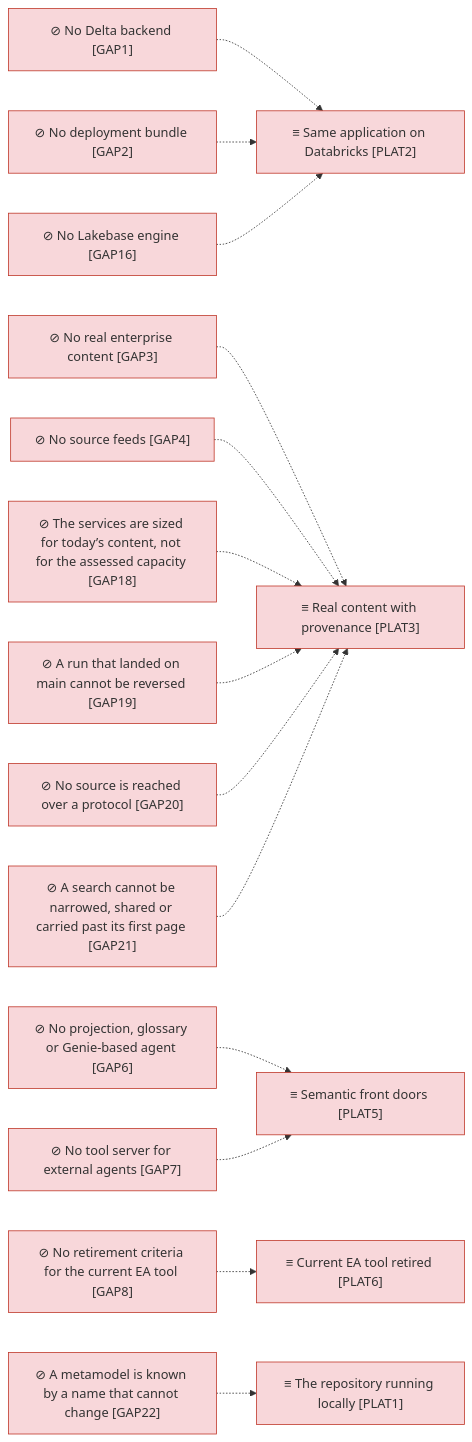
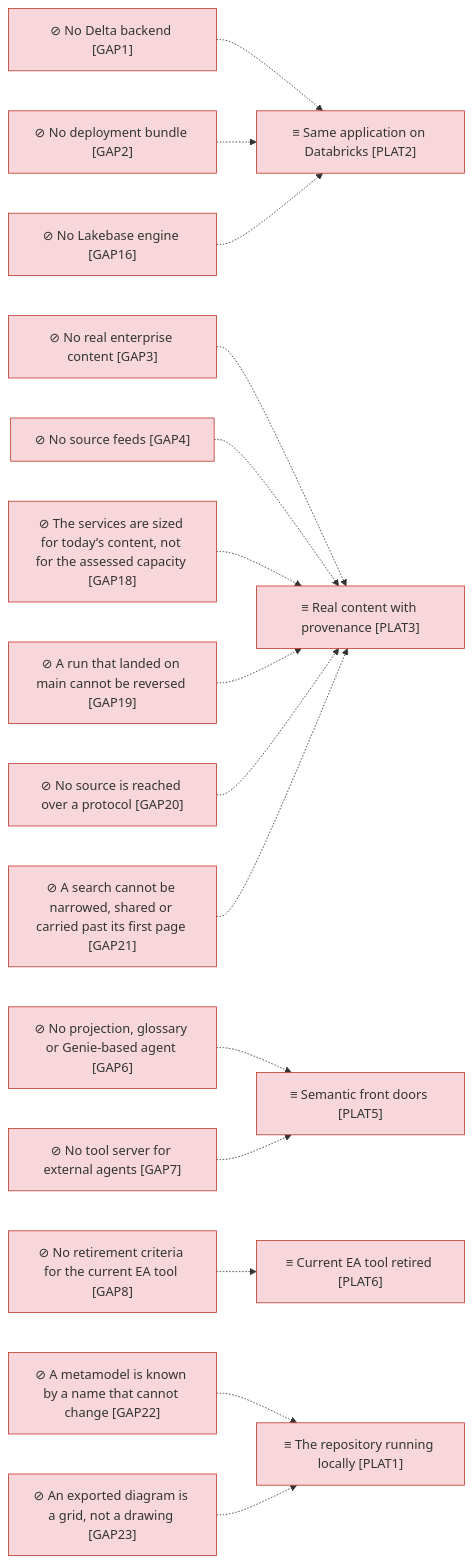
Before and after one commit to roanboc/dbx-enterprise-architecture: the third of 4 diagrams in architecture/6_transition/1_target-state.md, drawn with Mermaid. The commit also changed other lines of this file and 45 other files, not shown here.

````diff
--- a/architecture/6_transition/1_target-state.md
+++ b/architecture/6_transition/1_target-state.md
@@ -61,36 +63,38 @@
 ```mermaid
 flowchart LR
   p1["≡ The repository running locally [PLAT1]"]:::implementation
   p2["≡ Same application on Databricks [PLAT2]"]:::implementation
   p3["≡ Real content with provenance [PLAT3]"]:::implementation
   p5["≡ Semantic front doors [PLAT5]"]:::implementation
   p6["≡ Current EA tool retired [PLAT6]"]:::implementation
   g1["⊘ No Delta backend [GAP1]"]:::implementation
   g2["⊘ No deployment bundle [GAP2]"]:::implementation
   g16["⊘ No Lakebase engine [GAP16]"]:::implementation
   g3["⊘ No real enterprise content [GAP3]"]:::implementation
   g4["⊘ No source feeds [GAP4]"]:::implementation
   g6["⊘ No projection, glossary or Genie-based agent [GAP6]"]:::implementation
   g7["⊘ No tool server for external agents [GAP7]"]:::implementation
   g8["⊘ No retirement criteria for the current EA tool [GAP8]"]:::implementation
   g18["⊘ The services are sized for today’s content, not for the assessed capacity [GAP18]"]:::implementation
   g19["⊘ A run that landed on main cannot be reversed [GAP19]"]:::implementation
   g20["⊘ No source is reached over a protocol [GAP20]"]:::implementation
   g21["⊘ A search cannot be narrowed, shared or carried past its first page [GAP21]"]:::implementation
   g22["⊘ A metamodel is known by a name that cannot change [GAP22]"]:::implementation
+  g23["⊘ An exported diagram is a grid, not a drawing [GAP23]"]:::implementation
   g1 -.-> p2
   g2 -.-> p2
   g16 -.-> p2
   g3 -.-> p3
   g4 -.-> p3
   g6 -.-> p5
   g7 -.-> p5
   g8 -.-> p6
   g18 -.-> p3
   g19 -.-> p3
   g20 -.-> p3
   g21 -.-> p3
   g22 -.-> p1
+  g23 -.-> p1
 
   classDef implementation fill:#f8d7da,stroke:#c0392b,color:#333
 ```
````
